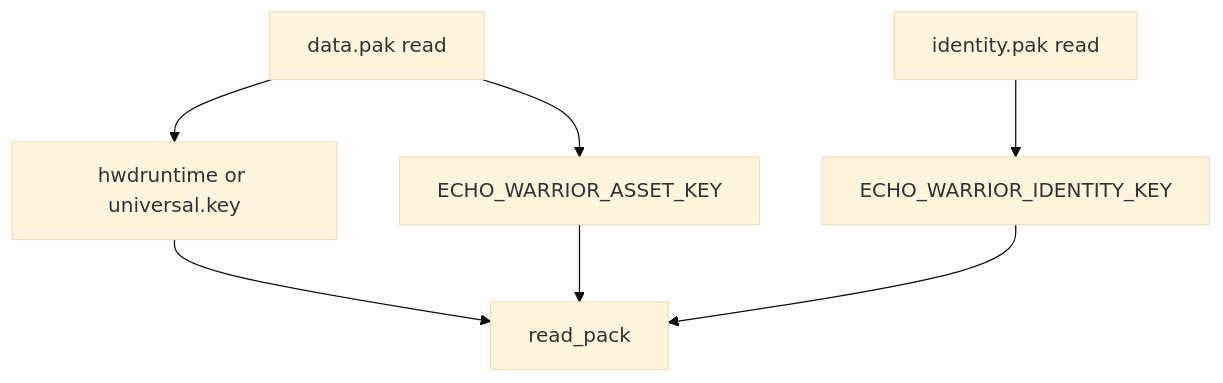
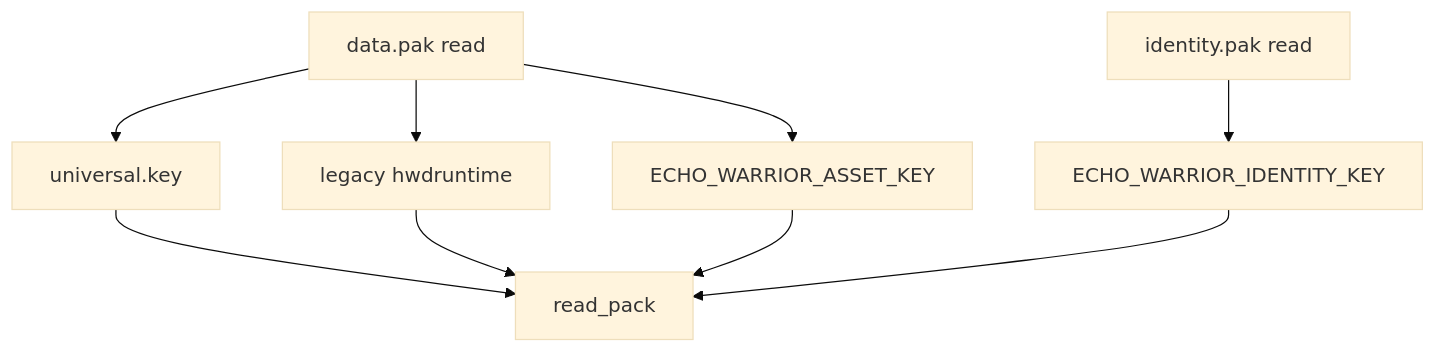
One commit to soulwax/EchoWiki changed the eighth of 13 diagrams in src/content/docs/pages/architecture/pack-integrity-deep-dive.md. Above: the diagram before and after it, drawn with Mermaid (base theme). The commit also changed other lines of this file and 5 other files, not shown here.

````diff
--- a/src/content/docs/pages/architecture/pack-integrity-deep-dive.md
+++ b/src/content/docs/pages/architecture/pack-integrity-deep-dive.md
@@ -178,15 +178,18 @@
 ```mermaid
 flowchart TB
     datapak[data.pak read]
     identity[identity.pak read]
-    keyfile[hwdruntime or universal.key]
+    universal[universal.key]
+    legacy[legacy hwdruntime]
     embeddedasset[ECHO_WARRIOR_ASSET_KEY]
     embeddedidentity[ECHO_WARRIOR_IDENTITY_KEY]
     readpack[read_pack]
 
-    datapak --> keyfile
+    datapak --> universal
+    datapak --> legacy
     datapak --> embeddedasset
-    keyfile --> readpack
+    universal --> readpack
+    legacy --> readpack
     embeddedasset --> readpack
     identity --> embeddedidentity --> readpack
 ```
````
